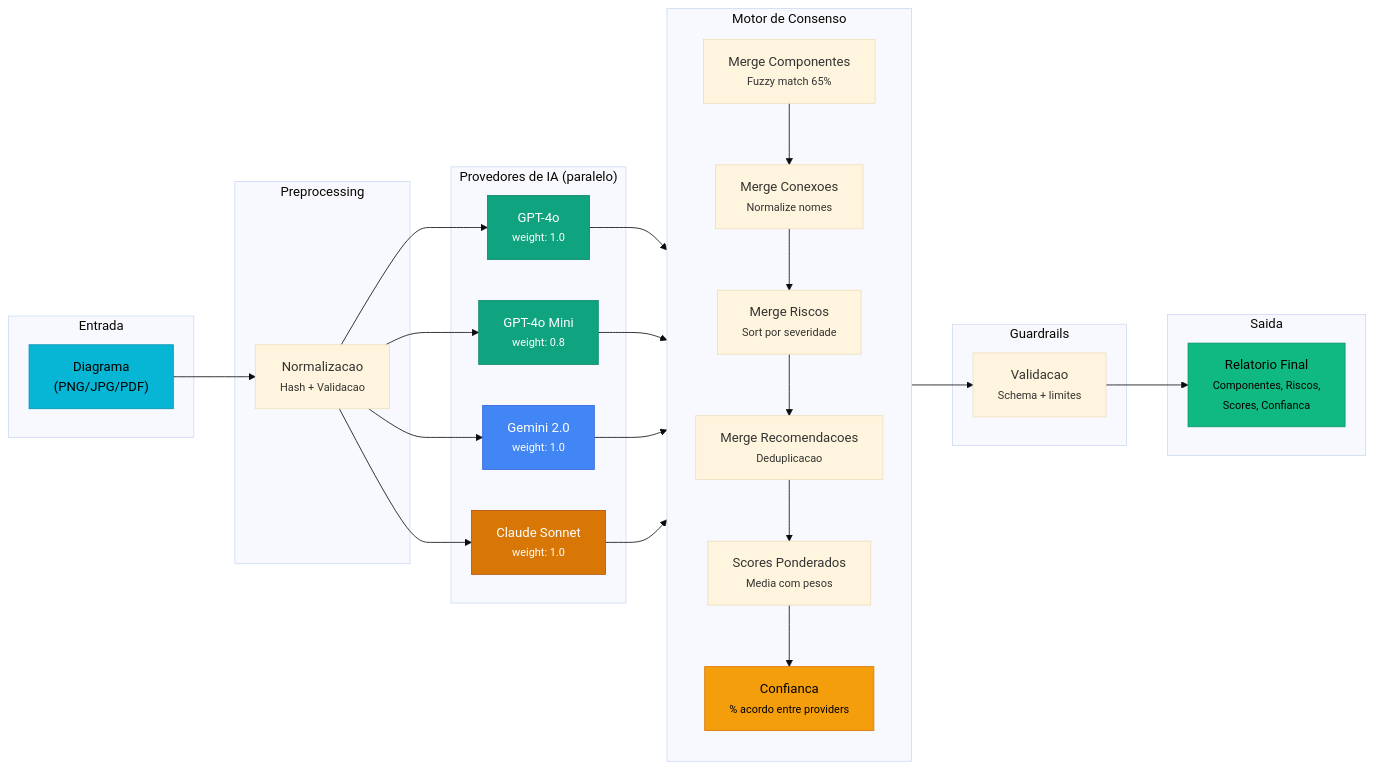
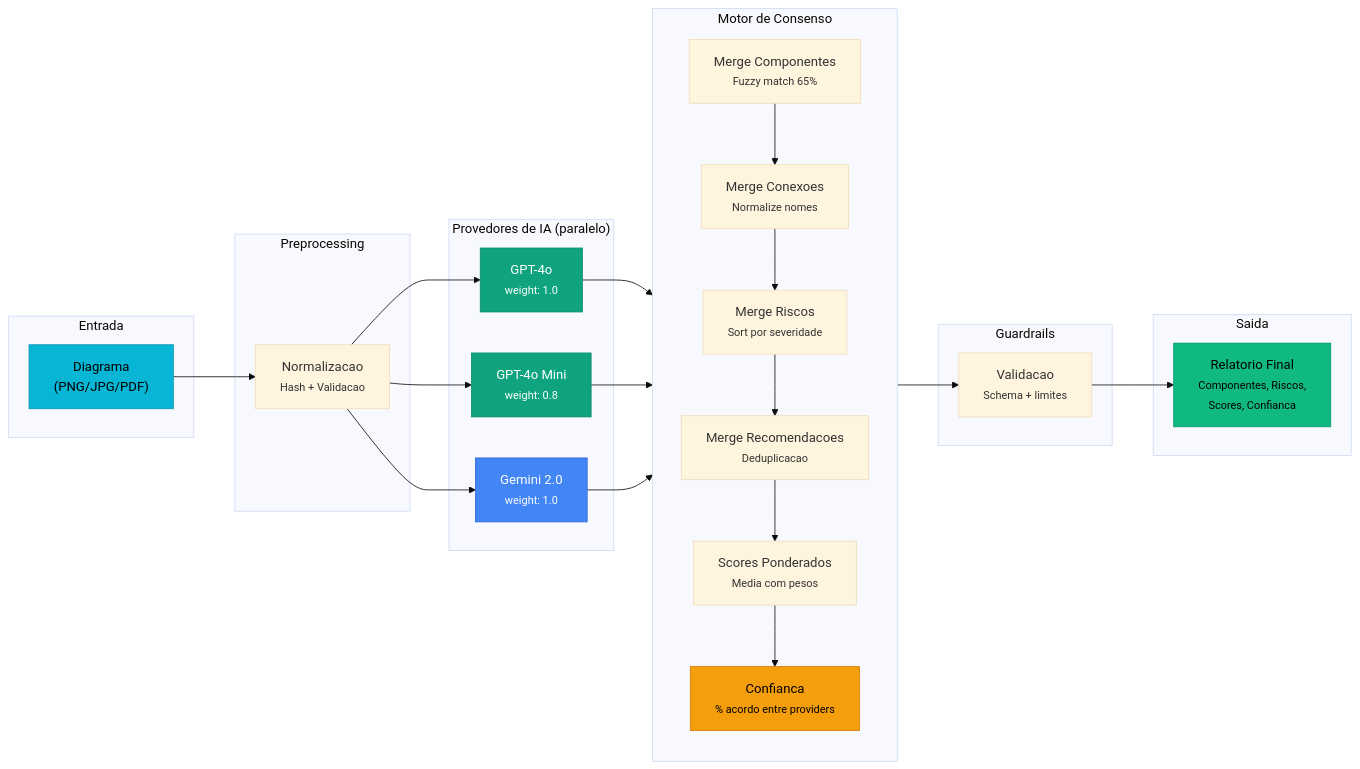
One commit to ArchLens-Fiap/archlens-docs changed the sixth of 8 diagrams in README.md. Above: the diagram before and after it, drawn with Mermaid (base theme). The commit also changed other lines of this file, not shown here.

First line of the commit message:
docs: fix README issues (badges, mermaid, dark backgrounds, author line)

````diff
--- a/README.md
+++ b/README.md
@@ -256,50 +257,48 @@
 ```mermaid
 graph LR
     subgraph Entrada
         IMG["Diagrama<br/>(PNG/JPG/PDF)"]
     end
 
     subgraph Preprocessing
         PREP["Normalizacao<br/><small>Hash + Validacao</small>"]
     end
 
     subgraph Providers["Provedores de IA (paralelo)"]
         P1["GPT-4o<br/><small>weight: 1.0</small>"]
         P2["GPT-4o Mini<br/><small>weight: 0.8</small>"]
         P3["Gemini 2.0<br/><small>weight: 1.0</small>"]
-        P4["Claude Sonnet<br/><small>weight: 1.0</small>"]
     end
 
     subgraph Consenso["Motor de Consenso"]
         direction TB
         COMP["Merge Componentes<br/><small>Fuzzy match 65%</small>"]
         CONN["Merge Conexoes<br/><small>Normalize nomes</small>"]
         RISK["Merge Riscos<br/><small>Sort por severidade</small>"]
         REC["Merge Recomendacoes<br/><small>Deduplicacao</small>"]
         SCORE["Scores Ponderados<br/><small>Media com pesos</small>"]
         CONF["Confianca<br/><small>% acordo entre providers</small>"]
     end
 
     subgraph Guard["Guardrails"]
         VAL["Validacao<br/><small>Schema + limites</small>"]
     end
 
     subgraph Saida
         RESULT["Relatorio Final<br/><small>Componentes, Riscos,<br/>Scores, Confianca</small>"]
     end
 
     IMG --> PREP
-    PREP --> P1 & P2 & P3 & P4
-    P1 & P2 & P3 & P4 --> COMP
+    PREP --> P1 & P2 & P3
+    P1 & P2 & P3 --> COMP
     COMP --> CONN --> RISK --> REC --> SCORE --> CONF
     CONF --> VAL
     VAL --> RESULT
 
     style IMG fill:#06b6d4,stroke:#0891b2,color:#000
     style RESULT fill:#10b981,stroke:#059669,color:#000
     style CONF fill:#f59e0b,stroke:#d97706,color:#000
     style P1 fill:#10a37f,stroke:#0d8a6a,color:#fff
     style P2 fill:#10a37f,stroke:#0d8a6a,color:#fff
     style P3 fill:#4285F4,stroke:#3367d6,color:#fff
-    style P4 fill:#d97706,stroke:#b45309,color:#fff
 ```
````
